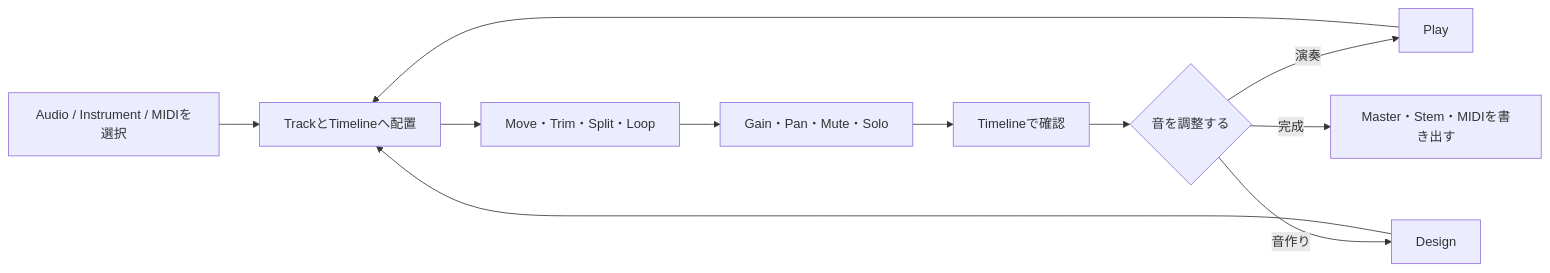
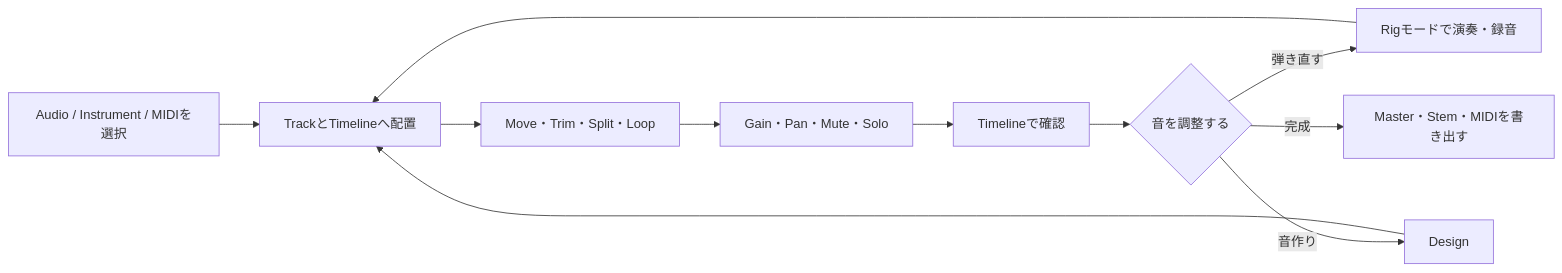
One commit to endo-ly/riffra changed diagram 11 of 12 in docs/ui-ux-design/ui-ux-design.md. Above: the diagram before and after it, drawn with Mermaid. The commit also changed other lines of this file and 10 other files, not shown here.

````diff
--- a/docs/ui-ux-design/ui-ux-design.md
+++ b/docs/ui-ux-design/ui-ux-design.md
@@ -553,13 +565,13 @@
 ```mermaid
 flowchart LR
     BROWSER["Audio / Instrument / MIDIを選択"] --> PLACE["TrackとTimelineへ配置"]
     PLACE --> EDIT["Move・Trim・Split・Loop"]
     EDIT --> MIX["Gain・Pan・Mute・Solo"]
     MIX --> PLAY["Timelineで確認"]
     PLAY --> DECIDE{"音を調整する"}
-    DECIDE -->|演奏| P["Play"]
+    DECIDE -->|弾き直す| RIG["Rigモードで演奏・録音"]
     DECIDE -->|音作り| D["Design"]
-    P --> PLACE
+    RIG --> PLACE
     D --> PLACE
     DECIDE -->|完成| EXPORT["Master・Stem・MIDIを書き出す"]
 ```
````
